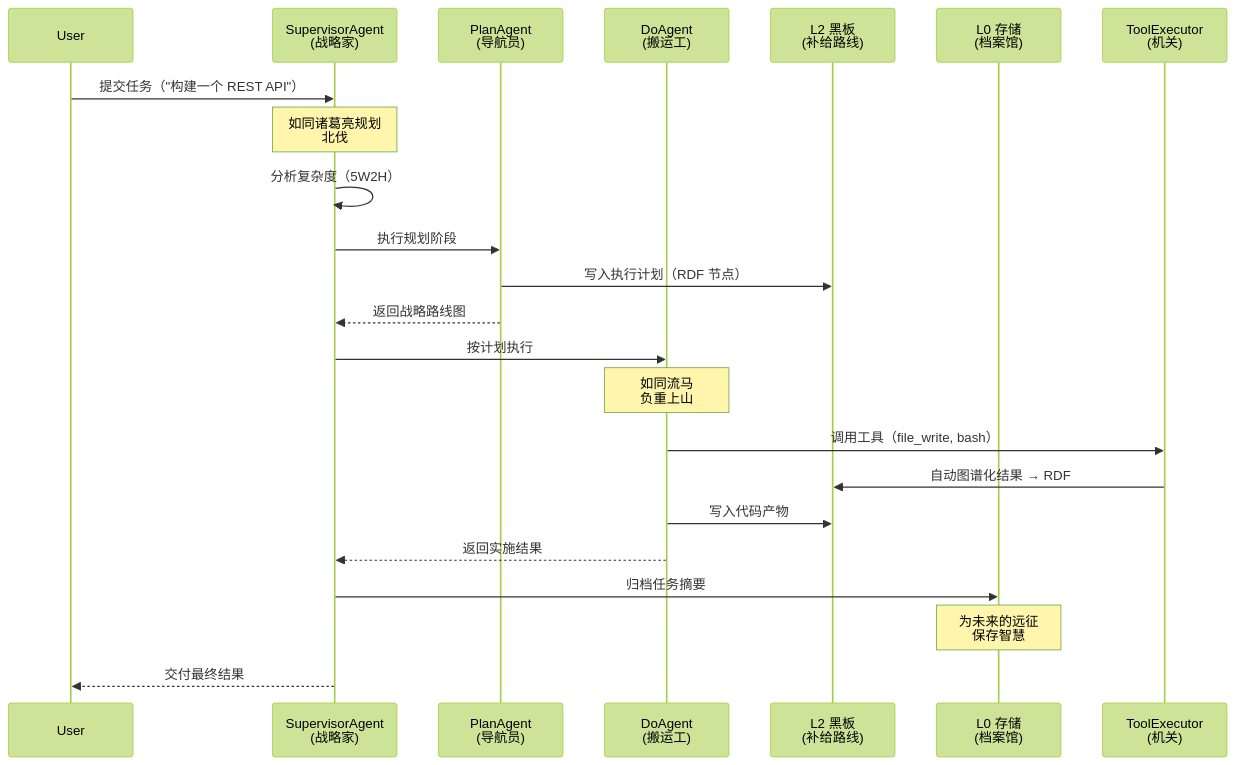
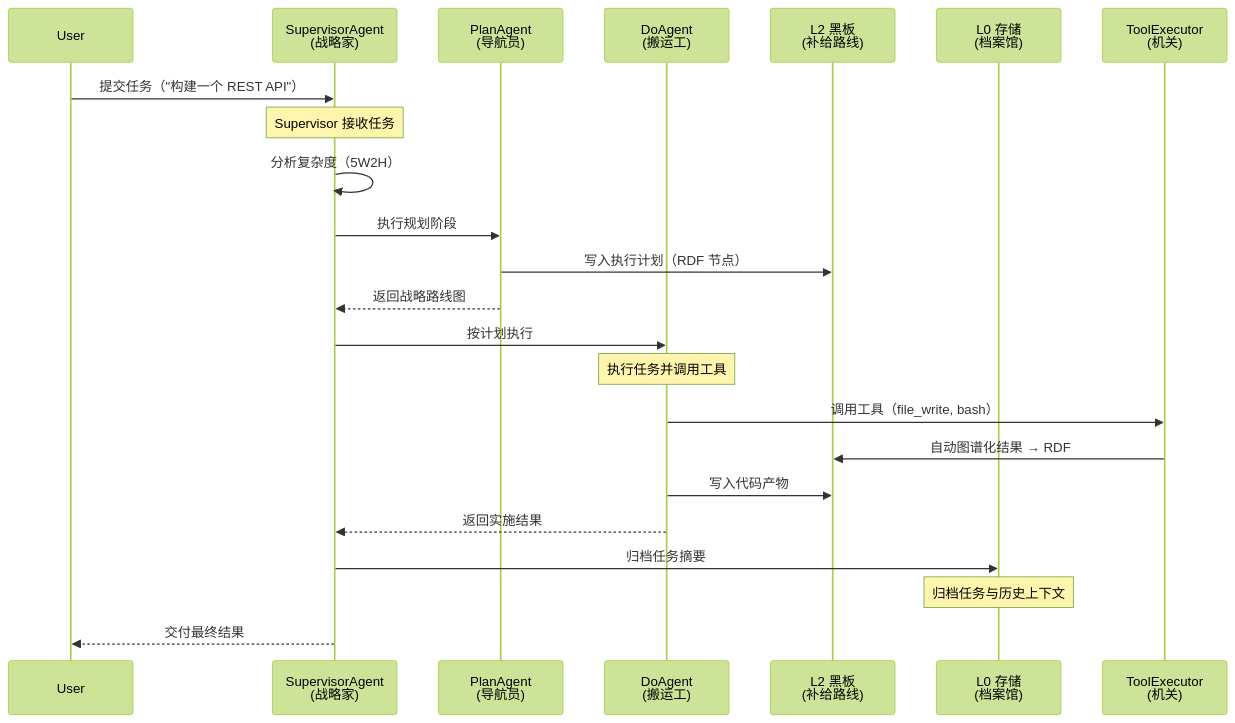
One commit to skaiy/Wild_AgentOS changed diagram 17 of 17 in docs/DESIGN_DETAIL.zh.md. Above: the diagram before and after it, drawn with Mermaid (forest theme). The commit also changed 5 other files, not shown here.

````diff
--- a/docs/DESIGN_DETAIL.zh.md
+++ b/docs/DESIGN_DETAIL.zh.md
@@ -1080,26 +1080,26 @@
 ```mermaid
 sequenceDiagram
     participant User
     participant SA as SupervisorAgent<br/>(战略家)
     participant PA as PlanAgent<br/>(导航员)
     participant DA as DoAgent<br/>(搬运工)
     participant L2 as L2 黑板<br/>(补给路线)
     participant L0 as L0 存储<br/>(档案馆)
     participant TE as ToolExecutor<br/>(机关)
     
     User->>SA: 提交任务（"构建一个 REST API"）
-    Note over SA: 如同诸葛亮规划<br/>北伐
+    Note over SA: Supervisor 接收任务
     SA->>SA: 分析复杂度（5W2H）
     SA->>PA: 执行规划阶段
     PA->>L2: 写入执行计划（RDF 节点）
     PA-->>SA: 返回战略路线图
     SA->>DA: 按计划执行
-    Note over DA: 如同流马<br/>负重上山
+    Note over DA: 执行任务并调用工具
     DA->>TE: 调用工具（file_write, bash）
     TE->>L2: 自动图谱化结果 → RDF
     DA->>L2: 写入代码产物
     DA-->>SA: 返回实施结果
     SA->>L0: 归档任务摘要
-    Note over L0: 为未来的远征<br/>保存智慧
+    Note over L0: 归档任务与历史上下文
     SA-->>User: 交付最终结果
 ```
````
